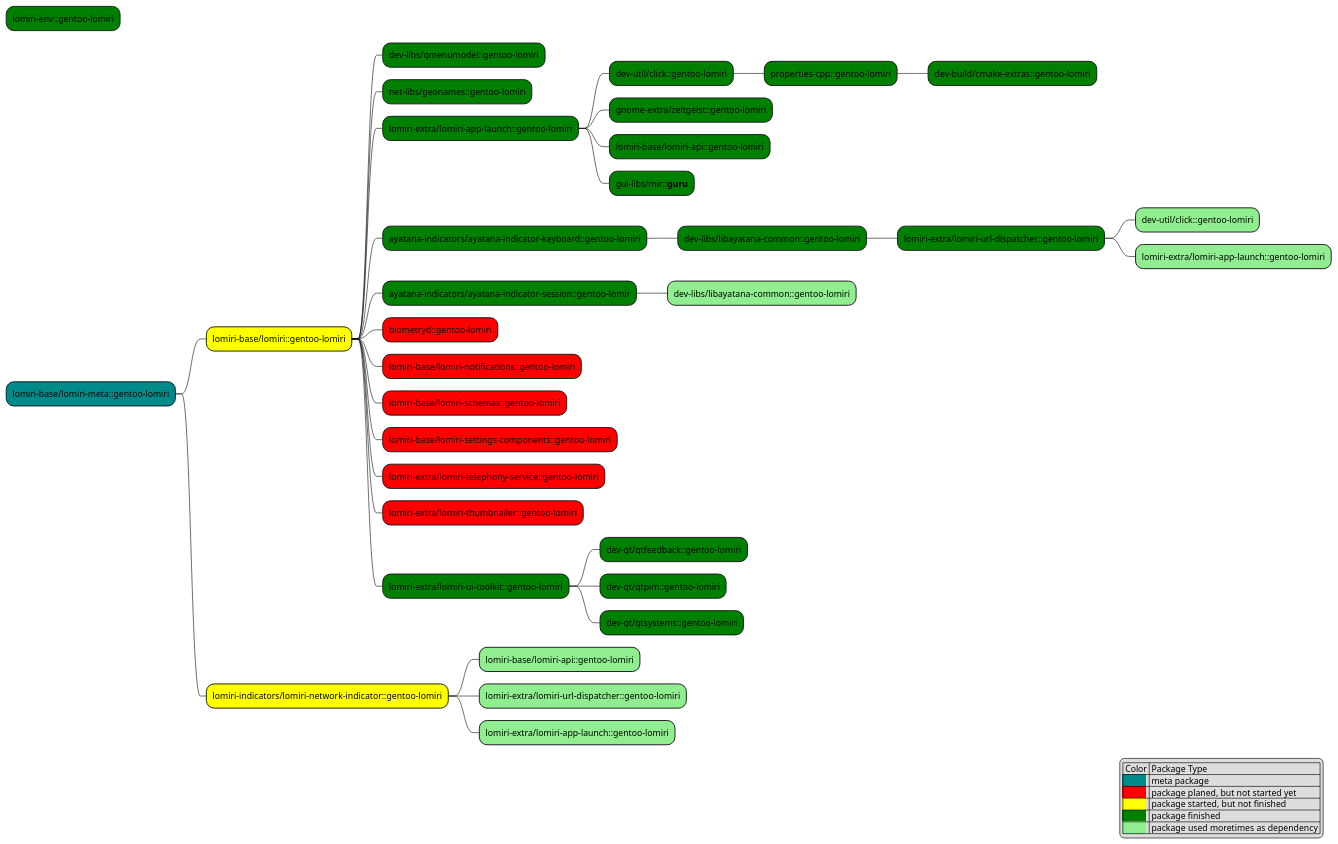
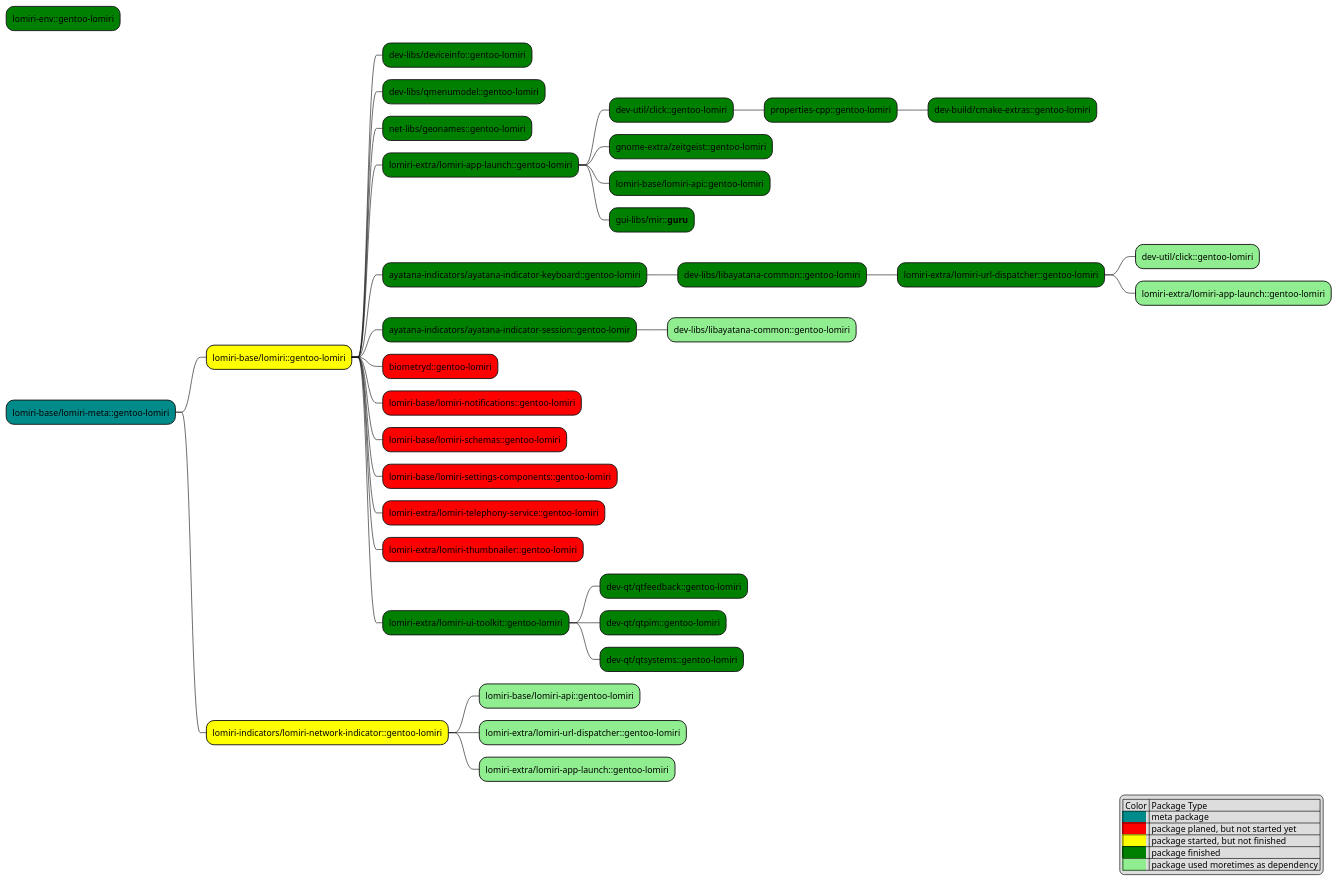
Before and after one commit to renegart/gentoo-lomiri: the diagram in docs/lomiri-packages.plantuml, drawn with PlantUML. The commit also changed 3 other files, not shown here.

Commit message:
dev-libs/deviceinfo: added package

```diff
--- a/docs/lomiri-packages.plantuml
+++ b/docs/lomiri-packages.plantuml
@@ -1,45 +1,46 @@
 @startmindmap package dependencies
 legend right
     | Color | Package Type |
     |<back:DarkCyan>          </back>| meta package|
     |<back:red>          </back>| package planed, but not started yet|
     |<back:yellow>          </back>| package started, but not finished|
     |<back:green>          </back>| package finished|
     |<back:lightgreen>          </back>| package used moretimes as dependency |
 endlegend
 
 *[#green] lomiri-env::gentoo-lomiri
 *[#DarkCyan] lomiri-base/lomiri-meta::gentoo-lomiri
   *[#yellow] lomiri-base/lomiri::gentoo-lomiri
+    *[#green] dev-libs/deviceinfo::gentoo-lomiri
     *[#green] dev-libs/qmenumodel::gentoo-lomiri
     *[#green] net-libs/geonames::gentoo-lomiri
     *[#green] lomiri-extra/lomiri-app-launch::gentoo-lomiri
       *[#green] dev-util/click::gentoo-lomiri
         *[#green] properties-cpp::gentoo-lomiri
           *[#green] dev-build/cmake-extras::gentoo-lomiri
       *[#green] gnome-extra/zeitgeist::gentoo-lomiri
       *[#green] lomiri-base/lomiri-api::gentoo-lomiri
       *[#green] gui-libs/mir::**guru**
     *[#green] ayatana-indicators/ayatana-indicator-keyboard::gentoo-lomiri
       *[#green] dev-libs/libayatana-common::gentoo-lomiri
         *[#green] lomiri-extra/lomiri-url-dispatcher::gentoo-lomiri
           *[#lightgreen] dev-util/click::gentoo-lomiri
           *[#lightgreen] lomiri-extra/lomiri-app-launch::gentoo-lomiri
     *[#green] ayatana-indicators/ayatana-indicator-session::gentoo-lomir
       *[#lightgreen] dev-libs/libayatana-common::gentoo-lomiri
     *[#red] biometryd::gentoo-lomiri
     *[#red] lomiri-base/lomiri-notifications::gentoo-lomiri
     *[#red] lomiri-base/lomiri-schemas::gentoo-lomiri
     *[#red] lomiri-base/lomiri-settings-components::gentoo-lomiri
     *[#red] lomiri-extra/lomiri-telephony-service::gentoo-lomiri
     *[#red] lomiri-extra/lomiri-thumbnailer::gentoo-lomiri
     *[#green] lomiri-extra/lomiri-ui-toolkit::gentoo-lomiri
       *[#green] dev-qt/qtfeedback::gentoo-lomiri
       *[#green] dev-qt/qtpim::gentoo-lomiri
       *[#green] dev-qt/qtsystems::gentoo-lomiri
   *[#yellow] lomiri-indicators/lomiri-network-indicator::gentoo-lomiri
     *[#lightgreen] lomiri-base/lomiri-api::gentoo-lomiri
     *[#lightgreen] lomiri-extra/lomiri-url-dispatcher::gentoo-lomiri
     *[#lightgreen] lomiri-extra/lomiri-app-launch::gentoo-lomiri
 
 @endmindmap
```
